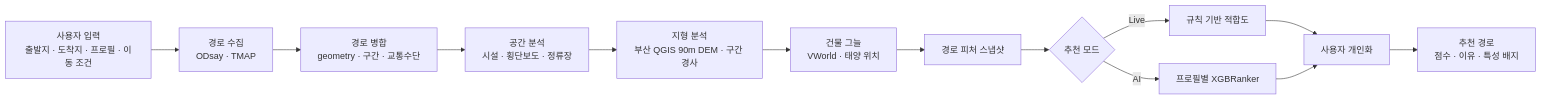
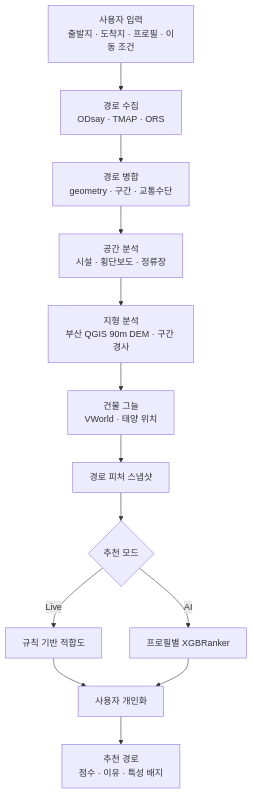
The first of 2 diagrams in README.md (LxNx-Hn/KT-10), drawn with Mermaid before and after one commit. The commit also changed other lines of this file and 6 other files, not shown here.

````diff
--- a/README.md
+++ b/README.md
@@ -308,15 +310,15 @@
 ```mermaid
-flowchart LR
-    A["사용자 입력<br/>출발지 · 도착지 · 프로필 · 이동 조건"] --> B["경로 수집<br/>ODsay · TMAP"]
+flowchart TB
+    A["사용자 입력<br/>출발지 · 도착지 · 프로필 · 이동 조건"] --> B["경로 수집<br/>ODsay · TMAP · ORS"]
     B --> C["경로 병합<br/>geometry · 구간 · 교통수단"]
     C --> D["공간 분석<br/>시설 · 횡단보도 · 정류장"]
     D --> E["지형 분석<br/>부산 QGIS 90m DEM · 구간 경사"]
     E --> F["건물 그늘<br/>VWorld · 태양 위치"]
     F --> G["경로 피처 스냅샷"]
     G --> H{"추천 모드"}
     H -->|"Live"| I["규칙 기반 적합도"]
     H -->|"AI"| J["프로필별 XGBRanker"]
     I --> K["사용자 개인화"]
     J --> K
     K --> L["추천 경로<br/>점수 · 이유 · 특성 배지"]
 ```
````
